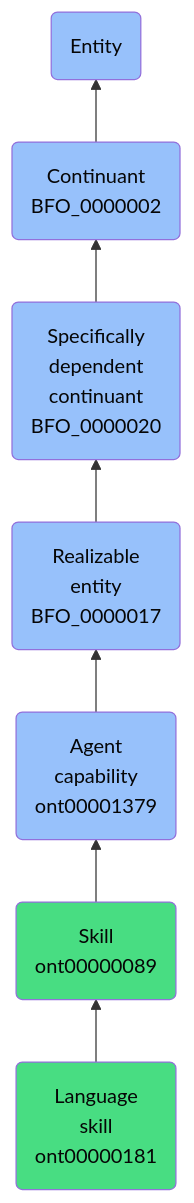
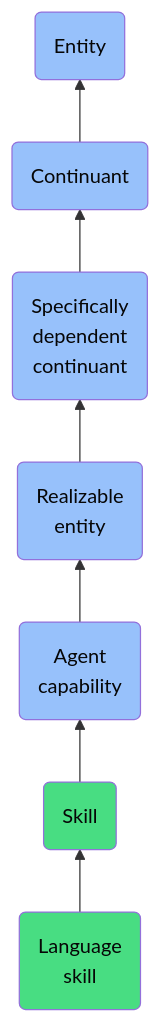
The diagram in docs/ontology/reference/model/Entity/Continuant/Specifically dependent continuant/Realizable entity/Agent capability/Skill/Language skill/Language skill.md (jupyter-naas/abi), drawn with Mermaid before and after one commit. The commit also changed other lines of this file and 1430 other files, not shown here.

````diff
--- a/docs/ontology/reference/model/Entity/Continuant/Specifically dependent continuant/Realizable entity/Agent capability/Skill/Language skill/Language skill.md
+++ b/docs/ontology/reference/model/Entity/Continuant/Specifically dependent continuant/Realizable entity/Agent capability/Skill/Language skill/Language skill.md
@@ -24,14 +24,14 @@
 ```mermaid
 graph BT
-    ont00000181(Language<br>skill<br>ont00000181):::ABI-->ont00000089
-    ont00000089(Skill<br>ont00000089):::ABI-->ont00001379
-    ont00001379(Agent<br>capability<br>ont00001379):::BFO-->BFO_0000017
-    BFO_0000017(Realizable<br>entity<br>BFO_0000017):::BFO-->BFO_0000020
-    BFO_0000020(Specifically<br>dependent<br>continuant<br>BFO_0000020):::BFO-->BFO_0000002
-    BFO_0000002(Continuant<br>BFO_0000002):::BFO-->BFO_0000001
+    ont00000181(Language<br>skill):::ABI-->ont00000089
+    ont00000089(Skill):::ABI-->ont00001379
+    ont00001379(Agent<br>capability):::BFO-->BFO_0000017
+    BFO_0000017(Realizable<br>entity):::BFO-->BFO_0000020
+    BFO_0000020(Specifically<br>dependent<br>continuant):::BFO-->BFO_0000002
+    BFO_0000002(Continuant):::BFO-->BFO_0000001
     BFO_0000001(Entity):::BFO
     
     classDef BFO fill:#97c1fb,color:#060606
     classDef CCO fill:#e4c51e,color:#060606
     classDef ABI fill:#48DD82,color:#060606
 ```
````
